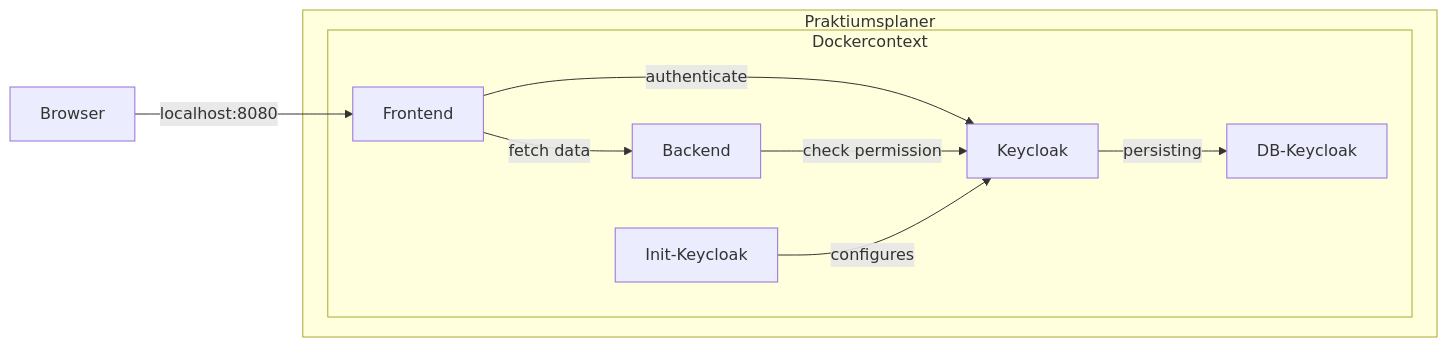
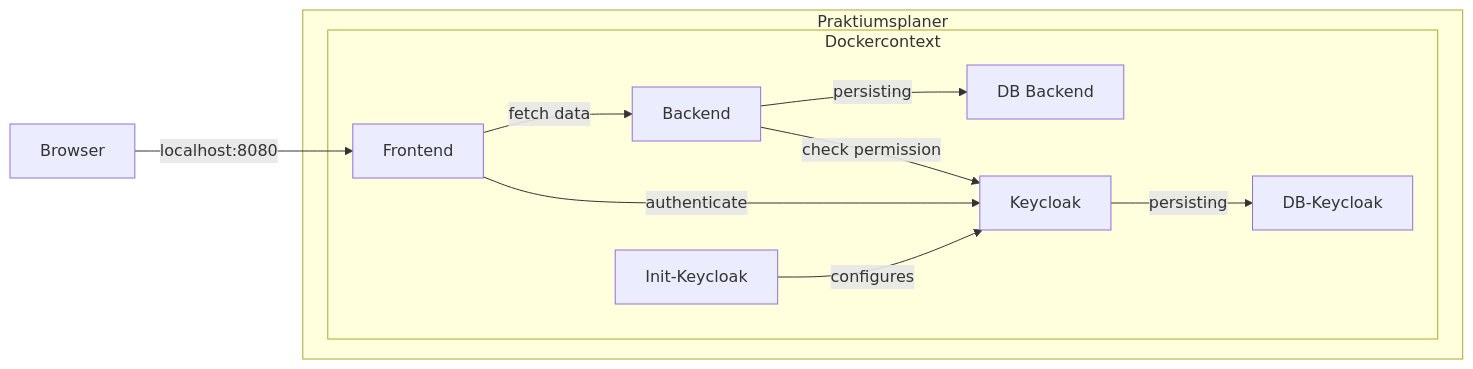
One commit to it-at-m/Praktikumsplaner changed the first of 2 diagrams in doc/src/documentation/guides/technical-setup/README.md. Above: the diagram before and after it, drawn with Mermaid. The commit also changed other lines of this file, not shown here.

Commit message:
📝 update doc for backend development

````diff
--- a/doc/src/documentation/guides/technical-setup/README.md
+++ b/doc/src/documentation/guides/technical-setup/README.md
@@ -24,23 +24,25 @@
 ```mermaid
 graph LR;
 
 subgraph Praktiumsplaner
 
     subgraph Dockercontext
         Frontend
         Backend
+        DBBackend[DB Backend]
         Keycloak
         DB-Keycloak
         Init-Keycloak
     
         Frontend -->|fetch data| Backend
+        Backend --> |check permission| Keycloak
+        Backend -->|persisting| DBBackend
         Frontend -->|authenticate| Keycloak
-        Backend --> |check permission| Keycloak
         Keycloak -->|persisting| DB-Keycloak
         Init-Keycloak -->|configures| Keycloak
     end
     
  end
  
  Browser -->|localhost:8080| Frontend
 ```
````
